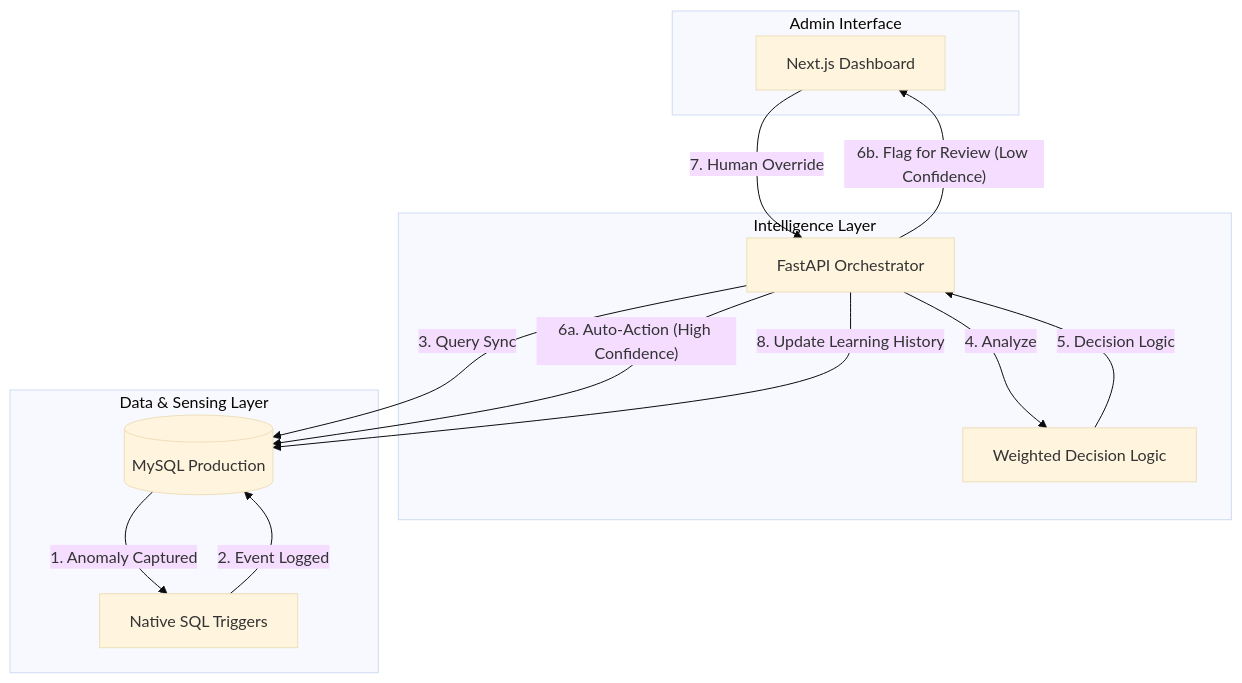
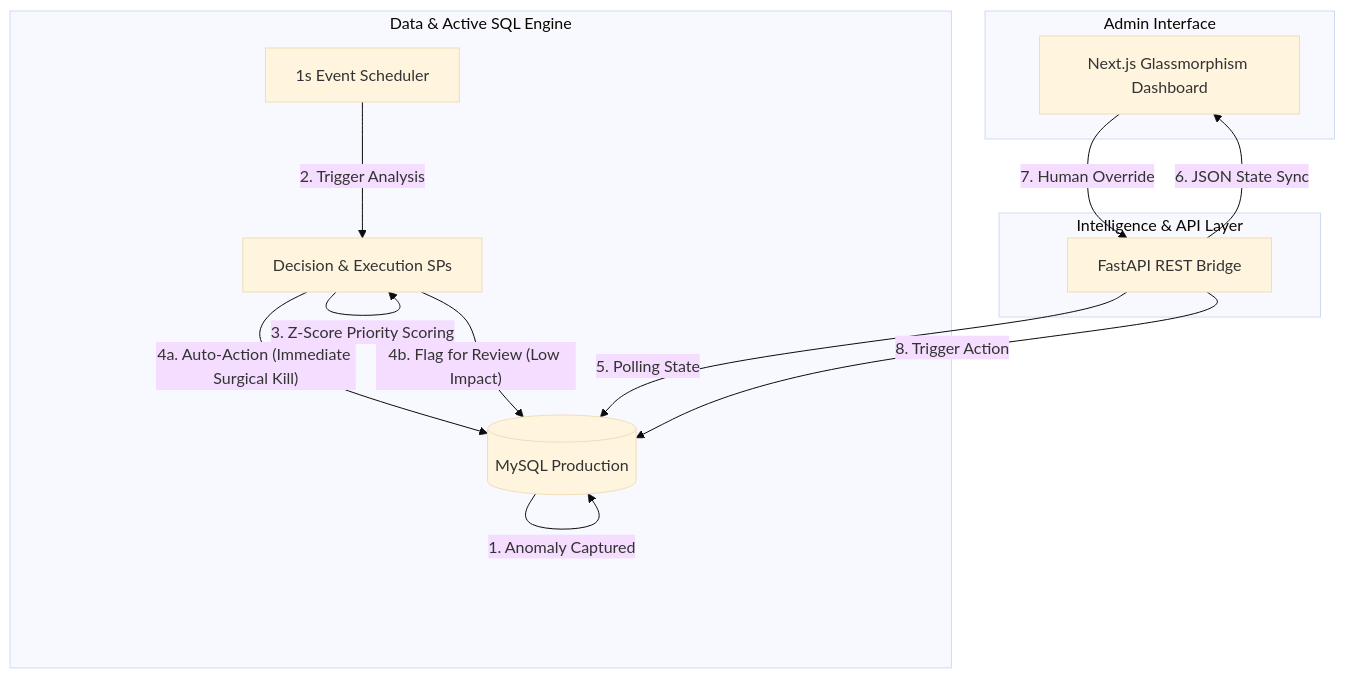
One commit to TSR0705/DBMS_PROJECT_SELF-HEALING-DATABASE changed the diagram in README.md. Above: the diagram before and after it, drawn with Mermaid (base theme). The commit also changed other lines of this file and 20 other files, not shown here.

````diff
--- a/README.md
+++ b/README.md
@@ -41,29 +72,30 @@
 ```mermaid
 graph TD
     subgraph "Admin Interface"
-        UI[Next.js Dashboard]
+        UI[Next.js Glassmorphism Dashboard]
     end
 
-    subgraph "Intelligence Layer"
-        Backend[FastAPI Orchestrator]
-        DecisionEng[Weighted Decision Logic]
+    subgraph "Intelligence & API Layer"
+        Backend[FastAPI REST Bridge]
     end
 
-    subgraph "Data & Sensing Layer"
+    subgraph "Data & Active SQL Engine"
         DB[(MySQL Production)]
-        Triggers[Native SQL Triggers]
+        Orchestrator[1s Event Scheduler]
+        DecisionEng[Decision & Execution SPs]
     end
 
     %% Flow
-    DB -- "1. Anomaly Captured" --> Triggers
-    Triggers -- "2. Event Logged" --> DB
-    Backend -- "3. Query Sync" --> DB
-    Backend -- "4. Analyze" --> DecisionEng
-    DecisionEng -- "5. Decision Logic" --> Backend
+    DB -- "1. Anomaly Captured" --> DB
+    Orchestrator -- "2. Trigger Analysis" --> DecisionEng
+    DecisionEng -- "3. Z-Score Priority Scoring" --> DecisionEng
     
-    Backend -- "6a. Auto-Action (High Confidence)" --> DB
-    Backend -- "6b. Flag for Review (Low Confidence)" --> UI
+    DecisionEng -- "4a. Auto-Action (Immediate Surgical Kill)" --> DB
+    DecisionEng -- "4b. Flag for Review (Low Impact)" --> DB
+    
+    Backend -- "5. Polling State" --> DB
+    Backend -- "6. JSON State Sync" --> UI
     
     UI -- "7. Human Override" --> Backend
-    Backend -- "8. Update Learning History" --> DB
+    Backend -- "8. Trigger Action" --> DB
 ```
````
